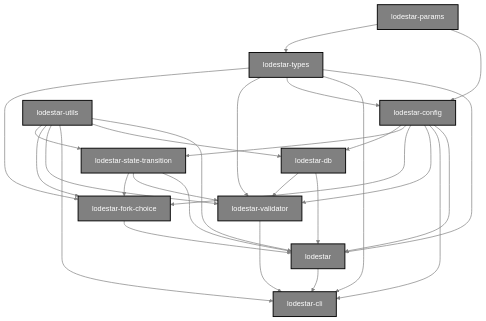
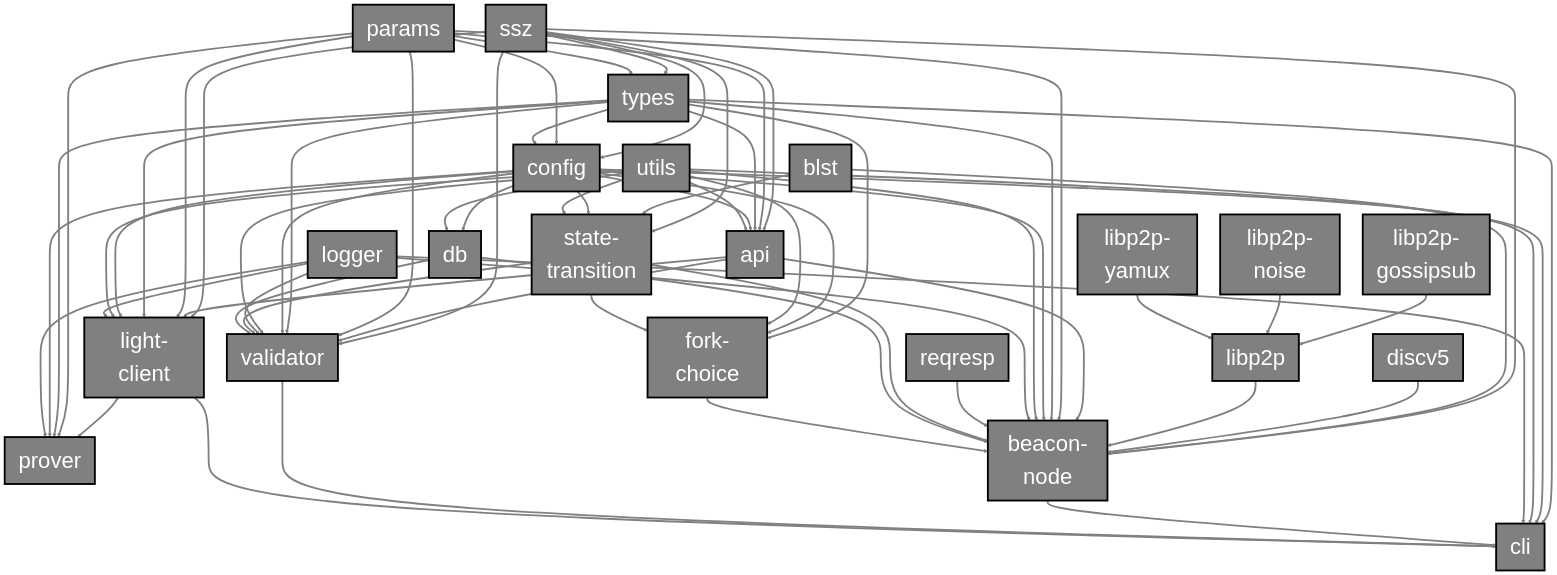
The diagram in docs/pages/contribution/depgraph.md (ChainSafe/lodestar), drawn with Mermaid before and after one commit. The commit also changed other lines of this file and 6 other files, not shown here.

First line of the commit message:
docs: update dependency graph (#6981)

````diff
--- a/docs/pages/contribution/depgraph.md
+++ b/docs/pages/contribution/depgraph.md
@@ -13,62 +13,133 @@
 ```mermaid
 graph TD
-    lodestar["lodestar"]:::nodemodule
-    cli["lodestar-cli"]:::nodemodule
-    config["lodestar-config"]:::nodemodule
-    db["lodestar-db"]:::nodemodule
-    fork-choice["lodestar-fork-choice"]:::nodemodule
-    params["lodestar-params"]:::nodemodule
-    types["lodestar-types"]:::nodemodule
-    utils["lodestar-utils"]:::nodemodule
-    validator["lodestar-validator"]:::nodemodule
-    state-trans["lodestar-state-transition"]:::nodemodule
+    api["api"]:::nodemodule
+    light-client["light-client"]:::nodemodule
+    prover["prover"]:::nodemodule
+    logger["logger"]:::nodemodule
+    reqresp["reqresp"]:::nodemodule
+    beacon-node["beacon-node"]:::nodemodule
+    cli["cli"]:::nodemodule
+    config["config"]:::nodemodule
+    db["db"]:::nodemodule
+    fork-choice["fork-choice"]:::nodemodule
+    params["params"]:::nodemodule
+    types["types"]:::nodemodule
+    utils["utils"]:::nodemodule
+    validator["validator"]:::nodemodule
+    state-transition["state-transition"]:::nodemodule
+    ssz["ssz"]:::nodemodule
+    blst["blst"]:::nodemodule
+    discv5["discv5"]:::nodemodule
+    libp2p["libp2p"]:::nodemodule
+    libp2p-gossipsub["libp2p-gossipsub"]:::nodemodule
+    libp2p-noise["libp2p-noise"]:::nodemodule
+    libp2p-yamux["libp2p-yamux"]:::nodemodule
 
+    ssz-->api
+    ssz-->config
+    ssz-->types
+    ssz-->beacon-node
+    ssz-->validator
+    ssz-->light-client
+    ssz-->state-transition
+
+    blst-->beacon-node
+    blst-->state-transition
+
+    discv5-->beacon-node
+
+    libp2p-->beacon-node
+
+    libp2p-gossipsub-->libp2p
+    libp2p-noise-->libp2p
+    libp2p-yamux-->libp2p
+
+    api-->beacon-node
+    api-->validator
+    api-->light-client
+
+    light-client-->prover
+
+    params-->api
     params-->config
     params-->types
+    params-->beacon-node
+    params-->validator
+    params-->light-client
+    params-->prover
 
-    types-->lodestar
+    types-->api
+    types-->beacon-node
     types-->cli
     types-->config
     types-->validator
     types-->fork-choice
+    types-->light-client
+    types-->prover
 
-    config-->lodestar
+    config-->api
+    config-->beacon-node
     config-->cli
     config-->validator
     config-->fork-choice
-    config-->state-trans
+    config-->state-transition
     config-->db
+    config-->light-client
+    config-->prover
 
-    utils-->lodestar
+    utils-->api
+    utils-->beacon-node
     utils-->db
     utils-->cli
     utils-->validator
     utils-->fork-choice
-    utils-->state-trans
+    utils-->state-transition
+    utils-->light-client
 
-    state-trans-->lodestar
-    state-trans-->validator
-    state-trans-->fork-choice
+    logger-->beacon-node
+    logger-->validator
+    logger-->light-client
+    logger-->prover
+    logger-->cli
 
-    db-->lodestar
+    reqresp-->beacon-node
+
+    state-transition-->beacon-node
+    state-transition-->validator
+    state-transition-->fork-choice
+
+    db-->beacon-node
     db-->validator
 
-    fork-choice-->lodestar
+    fork-choice-->beacon-node
 
-    lodestar-->cli
+    beacon-node-->cli
     validator-->cli
+    light-client-->cli
 
+    click api "https://github.com/ChainSafe/lodestar/tree/unstable/packages/api"
+    click light-client "https://github.com/ChainSafe/lodestar/tree/unstable/packages/light-client"
+    click prover "https://github.com/ChainSafe/lodestar/tree/unstable/packages/prover"
+    click logger "https://github.com/ChainSafe/lodestar/tree/unstable/packages/logger"
+    click reqresp "https://github.com/ChainSafe/lodestar/tree/unstable/packages/reqresp"
     click cli "https://github.com/ChainSafe/lodestar/tree/unstable/packages/cli"
-    click lodestar "https://github.com/ChainSafe/lodestar/tree/unstable/packages/beacon-node"
+    click beacon-node "https://github.com/ChainSafe/lodestar/tree/unstable/packages/beacon-node"
     click validator "https://github.com/ChainSafe/lodestar/tree/unstable/packages/validator"
     click db "https://github.com/ChainSafe/lodestar/tree/unstable/packages/db"
     click params "https://github.com/ChainSafe/lodestar/tree/unstable/packages/params"
-    click state-trans "https://github.com/ChainSafe/lodestar/tree/unstable/packages/state-transition"
+    click state-transition "https://github.com/ChainSafe/lodestar/tree/unstable/packages/state-transition"
     click fork-choice "https://github.com/ChainSafe/lodestar/tree/unstable/packages/fork-choice"
     click types "https://github.com/ChainSafe/lodestar/tree/unstable/packages/types"
     click utils "https://github.com/ChainSafe/lodestar/tree/unstable/packages/utils"
     click config "https://github.com/ChainSafe/lodestar/tree/unstable/packages/config"
+    click ssz "https://github.com/ChainSafe/ssz"
+    click blst "https://github.com/ChainSafe/blst-ts"
+    click discv5 "https://github.com/ChainSafe/discv5"
+    click libp2p "https://github.com/libp2p/js-libp2p"
+    click libp2p-gossipsub "https://github.com/ChainSafe/js-libp2p-gossipsub"
+    click libp2p-noise "https://github.com/ChainSafe/js-libp2p-noise"
+    click libp2p-yamux "https://github.com/ChainSafe/js-libp2p-yamux"
 
-    classDef nodemodule fill:grey,stroke-width:2px,stroke:black,color:white;
-    linkStyle default stroke:grey, fill:none,stroke-width:1.5px;
+    classDef nodemodule fill:grey,stroke-width:4px,font-size:48px,stroke:black,color:white;
+    linkStyle default stroke:grey,fill:none,stroke-width:4px;
 ```
````
